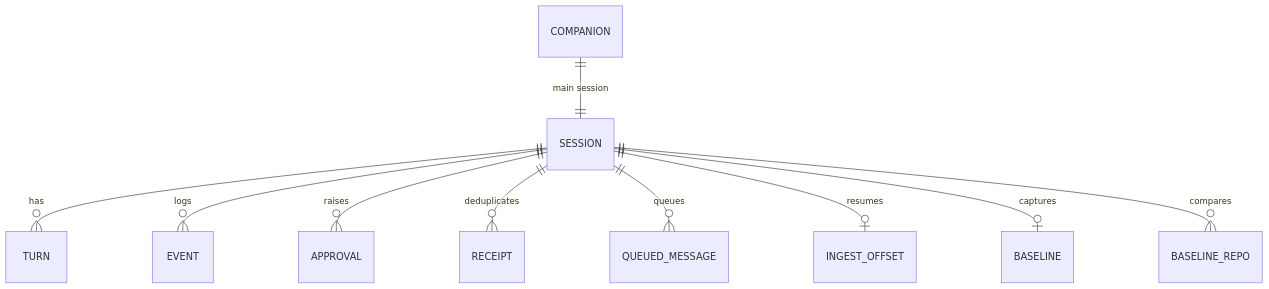
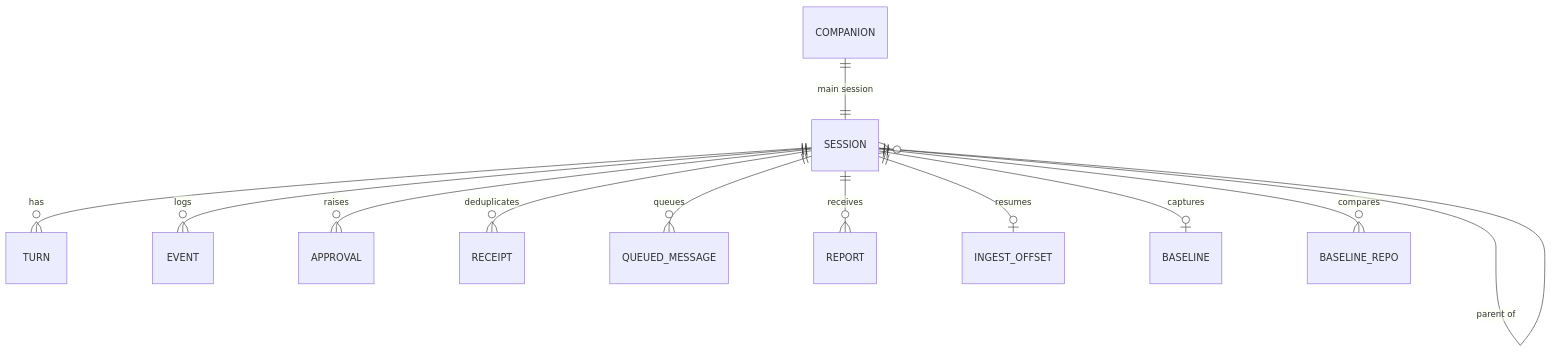
Before and after one commit to yangflow/hoplet: the first of 2 diagrams in docs/design/0004-session-data-model.md, drawn with Mermaid. The commit also changed other lines of this file and 5 other files, not shown here.

````diff
--- a/docs/design/0004-session-data-model.md
+++ b/docs/design/0004-session-data-model.md
@@ -26,12 +26,14 @@
 ```mermaid
 erDiagram
     SESSION ||--o{ TURN : has
     SESSION ||--o{ EVENT : logs
     SESSION ||--o{ APPROVAL : raises
     SESSION ||--o{ RECEIPT : deduplicates
     SESSION ||--o{ QUEUED_MESSAGE : queues
+    SESSION ||--o{ SESSION : "parent of"
+    SESSION ||--o{ REPORT : receives
     SESSION ||--o| INGEST_OFFSET : resumes
     SESSION ||--o| BASELINE : captures
     SESSION ||--o{ BASELINE_REPO : compares
     COMPANION ||--|| SESSION : "main session"
 ```
````
